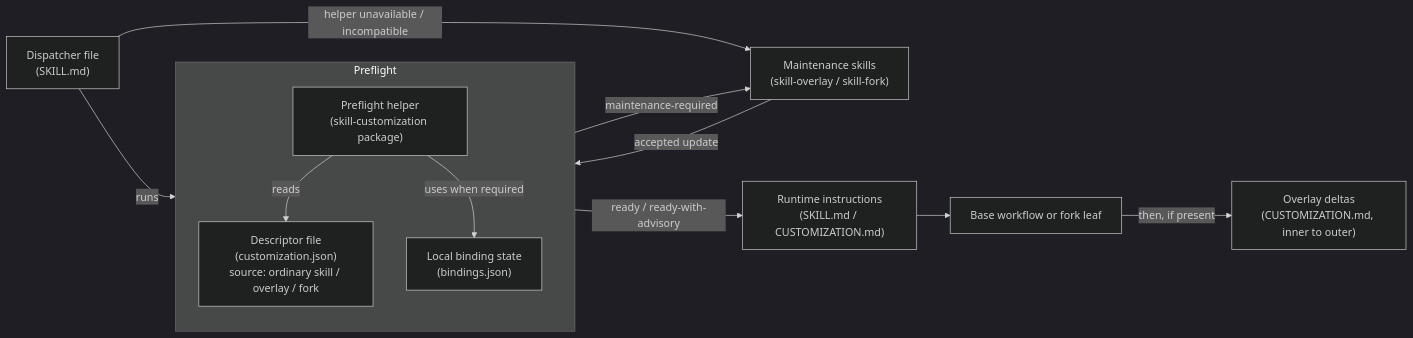
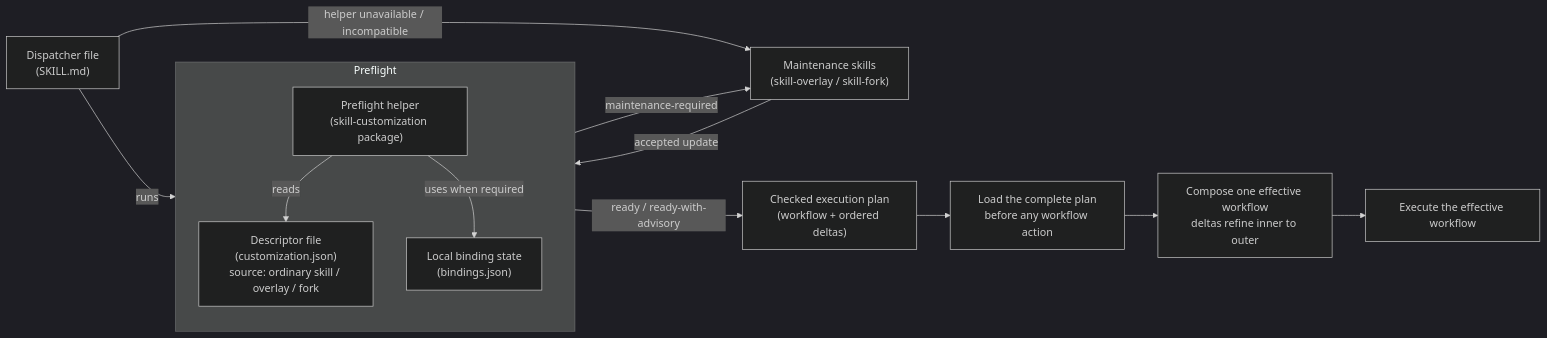
The diagram in README.md (samitoyang/skill-customization), drawn with Mermaid (dark theme) before and after one commit. The commit also changed other lines of this file and 20 other files, not shown here.

````diff
--- a/README.md
+++ b/README.md
@@ -200,16 +200,17 @@
 ```mermaid
 flowchart LR
     subgraph P["Preflight"]
         direction TB
         B["Preflight helper<br/>(skill-customization package)"]
         B -->|"reads"| G["Descriptor file<br/>(customization.json)<br/>source: ordinary skill / overlay / fork"]
         B -->|"uses when required"| H["Local binding state<br/>(bindings.json)"]
     end
     A["Dispatcher file<br/>(SKILL.md)"] -->|"runs"| B
     A -->|"helper unavailable / incompatible"| F["Maintenance skills<br/>(skill-overlay / skill-fork)"]
-    B -->|"ready / ready-with-advisory"| C["Runtime instructions<br/>(SKILL.md / CUSTOMIZATION.md)"]
-    C --> D["Base workflow or fork leaf"]
-    D -->|"then, if present"| E["Overlay deltas<br/>(CUSTOMIZATION.md, inner to outer)"]
+    B -->|"ready / ready-with-advisory"| C["Checked execution plan<br/>(workflow + ordered deltas)"]
+    C --> D["Load the complete plan<br/>before any workflow action"]
+    D --> E["Compose one effective workflow<br/>deltas refine inner to outer"]
+    E --> I["Execute the effective workflow"]
     B -->|"maintenance-required"| F
     F -->|"accepted update"| B
 ```
````
